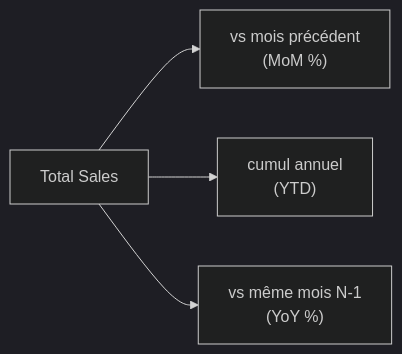
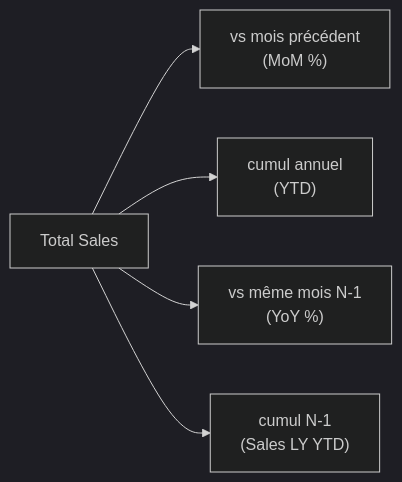
Before and after one commit to zakariaz35/objectif: the diagram in content/parcours-powerbi/04-dax/04-variations-time-intelligence.md, drawn with Mermaid (dark theme). The commit also changed other lines of this file and 27 other files, not shown here.

````diff
--- a/content/parcours-powerbi/04-dax/04-variations-time-intelligence.md
+++ b/content/parcours-powerbi/04-dax/04-variations-time-intelligence.md
@@ -52,6 +52,7 @@
 ```mermaid
 flowchart LR
     A["Total Sales"] --> B["vs mois précédent<br/>(MoM %)"]
     A --> C["cumul annuel<br/>(YTD)"]
     A --> D["vs même mois N-1<br/>(YoY %)"]
+    A --> E["cumul N-1<br/>(Sales LY YTD)"]
 ```
````
